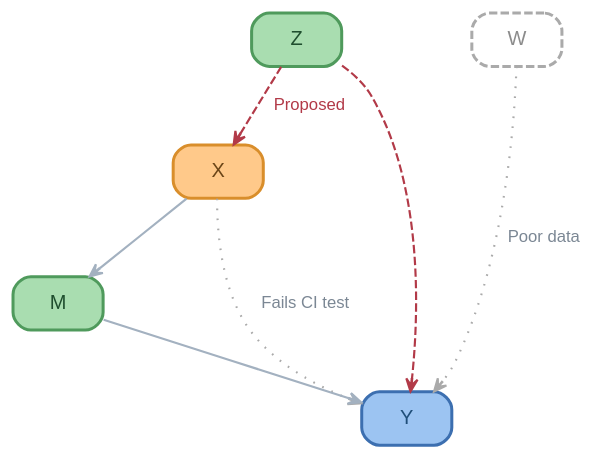
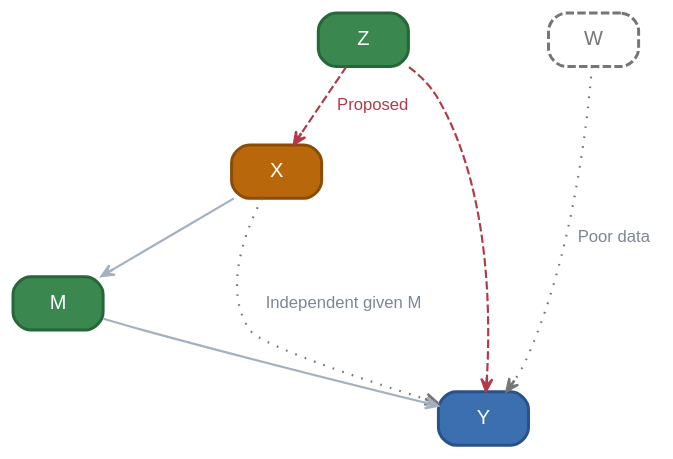
The ninth of 15 diagrams in papers/Causal_Analysis_for_Finance/notes.slides.md (GokuHashira/gpsaggese.github.io), drawn with Graphviz before and after one commit. The commit also changed other lines of this file and 6 other files, not shown here.

````diff
--- a/papers/Causal_Analysis_for_Finance/notes.slides.md
+++ b/papers/Causal_Analysis_for_Finance/notes.slides.md
@@ -1033,42 +1079,42 @@
 ```graphviz[width=85%]
 digraph Reduce {
   // factor : orange | return : blue | other variable : green | dropped : gray
   bgcolor="transparent";
   pad="0.15";
   splines=spline;
   nodesep=0.45;
   ranksep=0.50;
   rankdir=TB;
 
   node [shape=box,
         style="rounded,filled",
         penwidth=1.8,
         fontname="Helvetica",
         fontsize=12,
         margin="0.18,0.10",
         height=0.45];
 
   edge [color="#A3B1C0",
         penwidth=1.3,
         arrowhead=vee,
         arrowsize=0.75,
         fontname="Helvetica",
         fontsize=10,
         fontcolor="#7B8794"];
 
-  Z [label="Z", fillcolor="#A9DDB0", color="#4F9A5C", fontcolor="#1F4E2E"];
-  X [label="X", fillcolor="#FFC98A", color="#D98E2B", fontcolor="#6B4517"];
-  W [label="W", style="rounded,dashed", color="#AAAAAA", fontcolor="#8C8C8C"];
-  M [label="M", fillcolor="#A9DDB0", color="#4F9A5C", fontcolor="#1F4E2E"];
-  Y [label="Y", fillcolor="#9CC4F2", color="#3C6FB0", fontcolor="#1F4E79"];
+  Z [label="Z", fillcolor="#3A874F", color="#27663A", fontcolor="#FFFFFF"];
+  X [label="X", fillcolor="#B8680A", color="#8A4C06", fontcolor="#FFFFFF"];
+  W [label="W", style="rounded,dashed", color="#767676", fontcolor="#767676"];
+  M [label="M", fillcolor="#3A874F", color="#27663A", fontcolor="#FFFFFF"];
+  Y [label="Y", fillcolor="#3C6FB0", color="#2A5288", fontcolor="#FFFFFF"];
 
   { rank=same; Z; W; }
 
   X -> M;
   M -> Y;
   Z -> X [label="  Proposed  ", style=dashed, color="#B23A48", fontcolor="#B23A48"];
   Z -> Y [style=dashed, color="#B23A48"];
-  W -> Y [label="  Poor data  ", style=dotted, color="#AAAAAA"];
-  X -> Y [label="  Fails CI test  ", style=dotted, color="#AAAAAA", constraint=false];
+  W -> Y [label="  Poor data  ", style=dotted, color="#767676"];
+  X -> Y [label="  Independent given M  ", style=dotted, color="#767676", constraint=false];
 }
 ```
````
